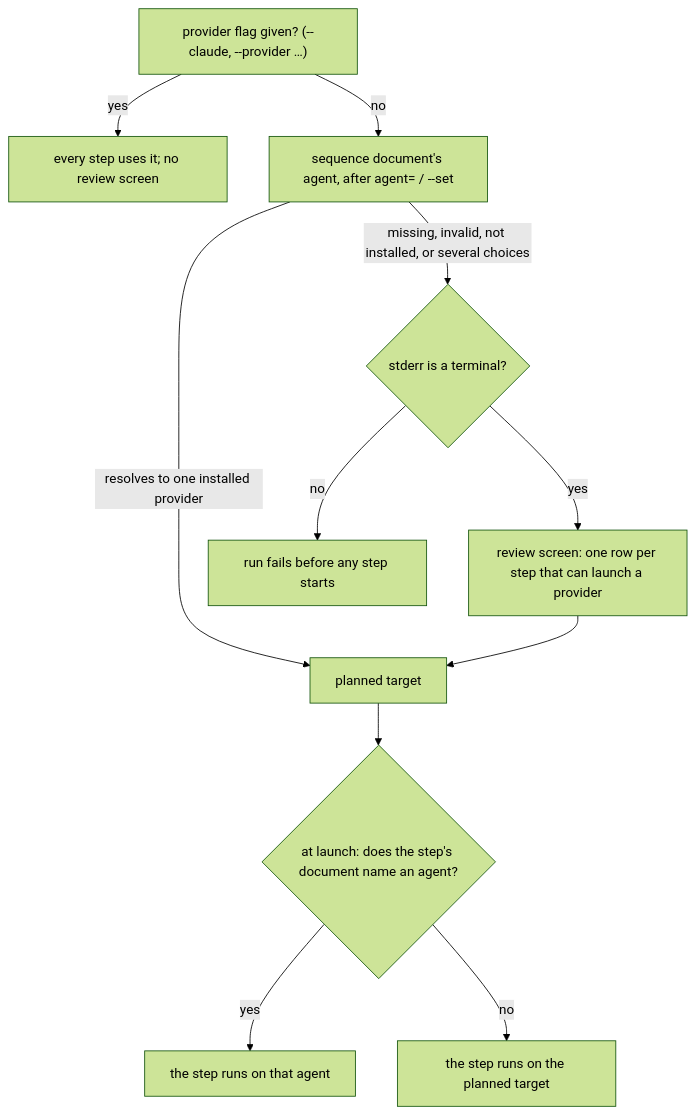
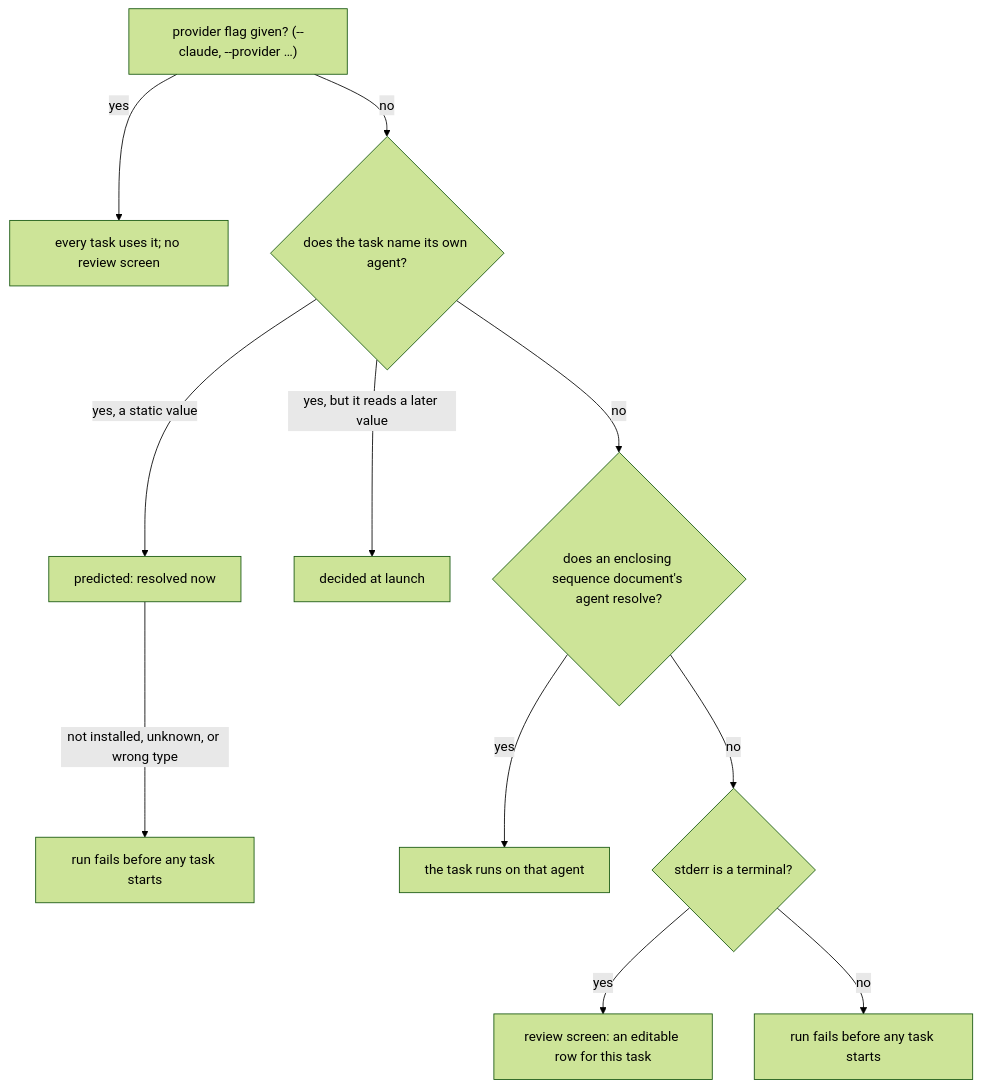
The diagram in claudine/docs/cli/sequence.md (yankeeinlondon/rusty-biscuit), drawn with Mermaid (forest theme) before and after one commit. The commit also changed other lines of this file and 11 other files, not shown here.

First line of the commit message:
docs(claudine): document task inputs and provider choices

````diff
--- a/claudine/docs/cli/sequence.md
+++ b/claudine/docs/cli/sequence.md
@@ -92,13 +94,13 @@
 ```mermaid
 flowchart TD
-    A["provider flag given? (--claude, --provider …)"] -- yes --> F["every step uses it; no review screen"]
-    A -- no --> B["sequence document's agent, after agent= / --set"]
-    B -- "resolves to one installed provider" --> P["planned target"]
-    B -- "missing, invalid, not installed, or several choices" --> C{"stderr is a terminal?"}
-    C -- yes --> R["review screen: one row per step that can launch a provider"]
-    C -- no --> E["run fails before any step starts"]
-    R --> P
-    P --> L{"at launch: does the step's document name an agent?"}
-    L -- yes --> S["the step runs on that agent"]
-    L -- no --> T["the step runs on the planned target"]
+    A["provider flag given? (--claude, --provider …)"] -- yes --> F["every task uses it; no review screen"]
+    A -- no --> B{"does the task name its own agent?"}
+    B -- "yes, a static value" --> P["predicted: resolved now"]
+    P -- "not installed, unknown, or wrong type" --> X["run fails before any task starts"]
+    B -- "yes, but it reads a later value" --> D["decided at launch"]
+    B -- no --> N{"does an enclosing sequence document's agent resolve?"}
+    N -- yes --> S["the task runs on that agent"]
+    N -- no --> C{"stderr is a terminal?"}
+    C -- yes --> R["review screen: an editable row for this task"]
+    C -- no --> E["run fails before any task starts"]
 ```
````
